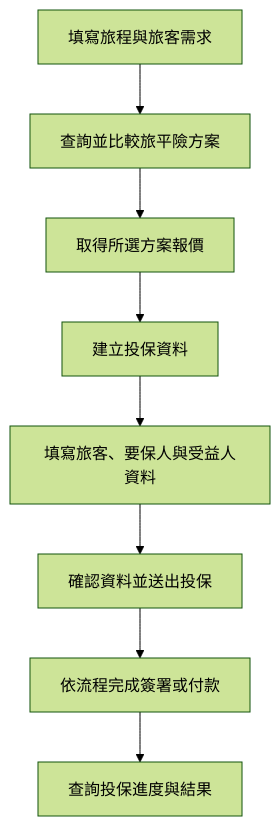
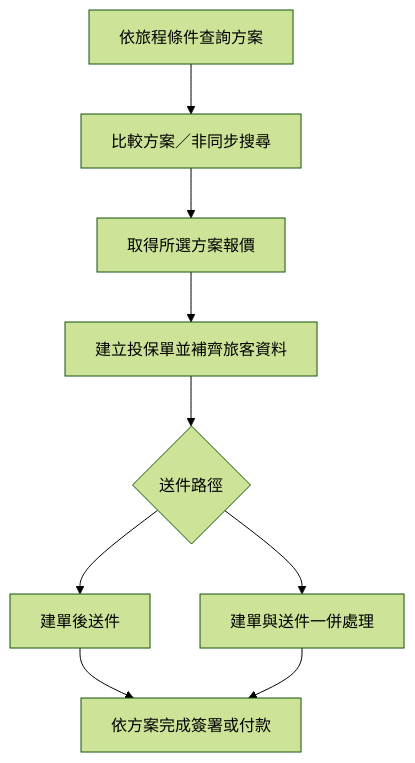
Before and after one commit to highhao/insurance-saas-platform: the second of 2 diagrams in README.md, drawn with Mermaid (forest theme). The commit also changed other lines of this file, not shown here.

Commit message:
Align insurance flows with implemented use cases

````diff
--- a/README.md
+++ b/README.md
@@ -24,10 +26,11 @@
 ```mermaid
 flowchart TB
-    A[填寫旅程與旅客需求] --> B[查詢並比較旅平險方案]
+    A[依旅程條件查詢方案] --> B[比較方案／非同步搜尋]
     B --> C[取得所選方案報價]
-    C --> D[建立投保資料]
-    D --> E[填寫旅客、要保人與受益人資料]
-    E --> F[確認資料並送出投保]
-    F --> G[依流程完成簽署或付款]
-    G --> H[查詢投保進度與結果]
+    C --> D[建立投保單並補齊旅客資料]
+    D --> E{送件路徑}
+    E --> F[建單後送件]
+    E --> G[建單與送件一併處理]
+    F --> H[依方案完成簽署或付款]
+    G --> H
 ```
````
